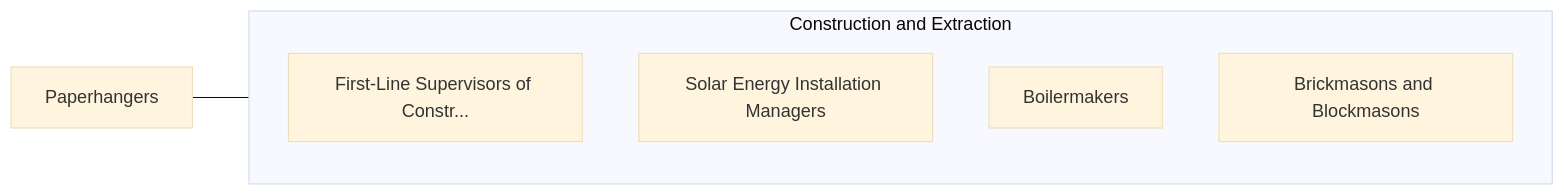
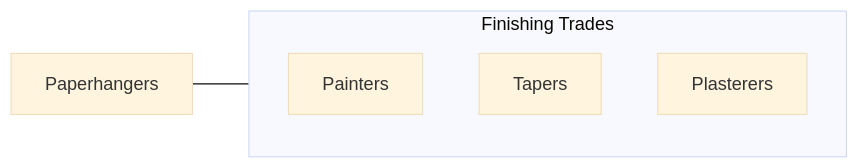
The fourth of 4 diagrams in occupations/Construction/Paperhangers.mdx (kziemski/business.org.ai), drawn with Mermaid (base theme) before and after one commit. The commit also changed other lines of this file and 938 other files, not shown here.

````diff
--- a/occupations/Construction/Paperhangers.mdx
+++ b/occupations/Construction/Paperhangers.mdx
@@ -111,13 +189,10 @@
 ```mermaid
 graph LR
     Current["Paperhangers"]
-
-    subgraph SameCategory["Construction and Extraction"]
-        FirstLineSupervisors["First-Line Supervisors of Constr..."]
-        SolarEnergyInstallat["Solar Energy Installation Managers"]
-        Boilermakers["Boilermakers"]
-        BrickmasonsAndBlockm["Brickmasons and Blockmasons"]
+    subgraph SameCategory["Finishing Trades"]
+        Painter["Painters"]
+        Taper["Tapers"]
+        Plasterer["Plasterers"]
     end
-
     Current --- SameCategory
 ```
````
